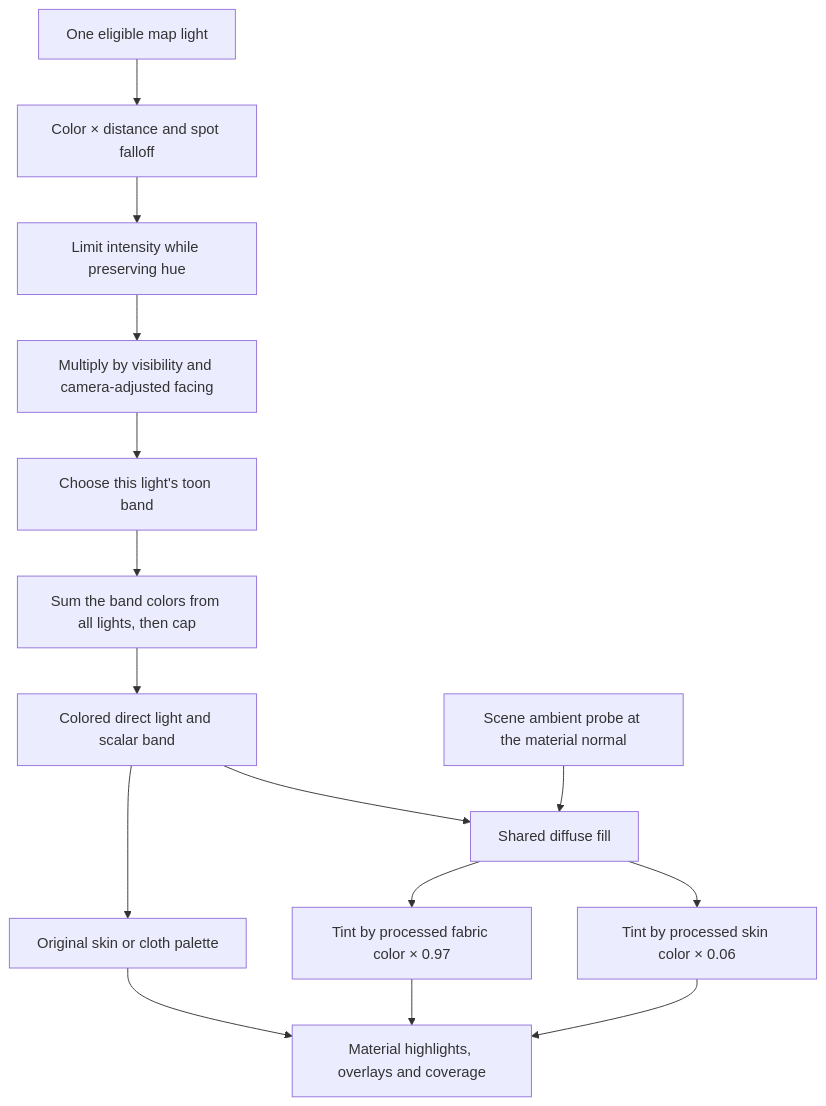
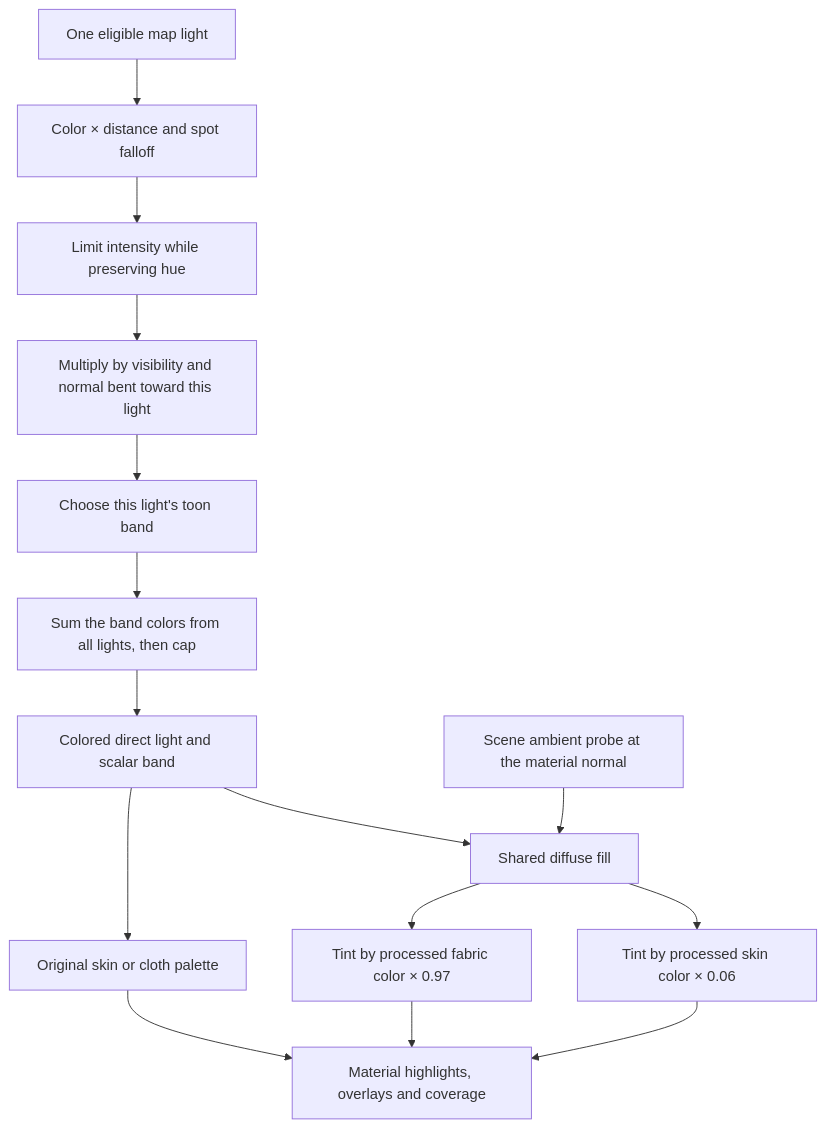
One commit to lynzrand/al-utils changed the diagram in AL_NPR/shaders/README.md. Above: the diagram before and after it, drawn with Mermaid. The commit also changed other lines of this file and 4 other files, not shown here.

Commit message:
Bend the toon diffuse normal toward each scene light

````diff
--- a/AL_NPR/shaders/README.md
+++ b/AL_NPR/shaders/README.md
@@ -5,17 +5,17 @@
 ```mermaid
 flowchart TD
     L["One eligible map light"] --> A["Color × distance and spot falloff"]
     A --> B["Limit intensity while preserving hue"]
-    B --> C["Multiply by visibility and camera-adjusted facing"]
+    B --> C["Multiply by visibility and normal bent toward this light"]
     C --> D["Choose this light's toon band"]
     D --> E["Sum the band colors from all lights, then cap"]
     E --> F["Colored direct light and scalar band"]
     N["Scene ambient probe at the material normal"] --> G["Shared diffuse fill"]
     F --> G
     F --> P["Original skin or cloth palette"]
     G --> S["Tint by processed skin color × 0.06"]
     G --> T["Tint by processed fabric color × 0.97"]
     P --> O["Material highlights, overlays and coverage"]
     S --> O
     T --> O
 ```
````
